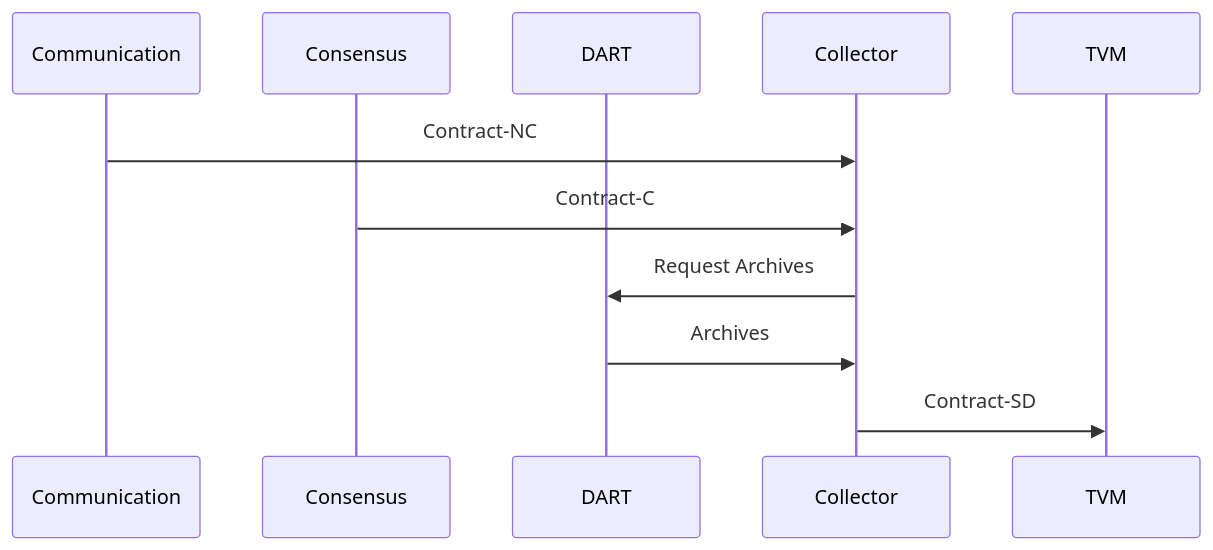
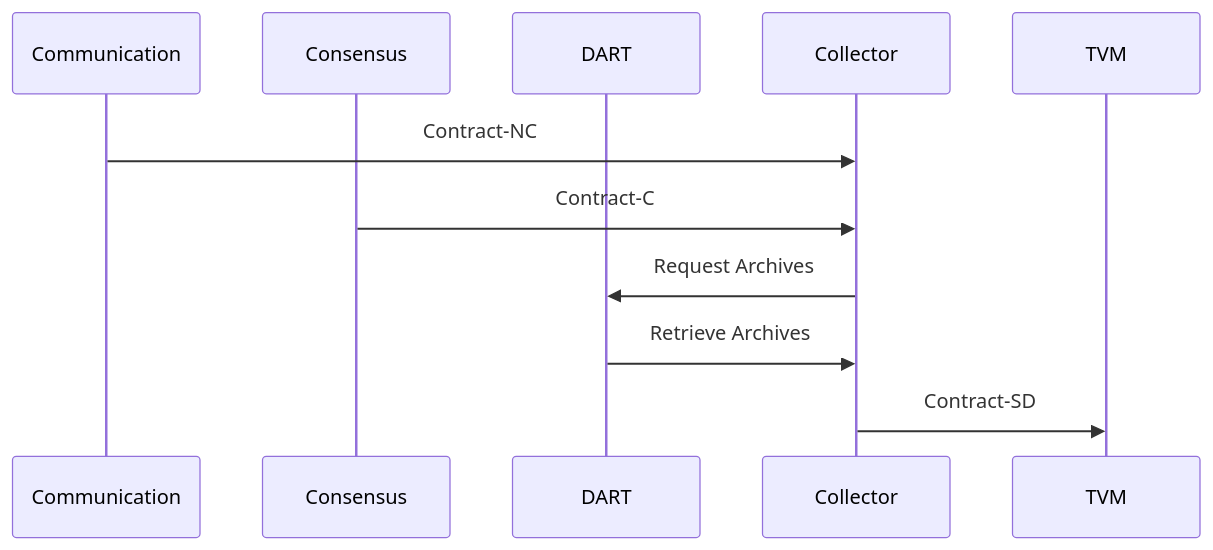
The diagram in documents/architecture/Collector.md (tagion/tagion), drawn with Mermaid before and after one commit. The commit also changed other lines of this file, not shown here.

Commit message:
final col

````diff
--- a/documents/architecture/Collector.md
+++ b/documents/architecture/Collector.md
@@ -25,14 +25,14 @@
 ```mermaid
 sequenceDiagram
     participant Communication
     participant Consensus
     participant DART 
     participant Collector
     participant TVM 
     Communication->>Collector: Contract-NC 
     Consensus->>Collector: Contract-C
     Collector->>DART: Request Archives
-    DART->>Collector: Archives
+    DART->>Collector: Retrieve Archives
     Collector->>TVM: Contract-SD
 
 ```
````
